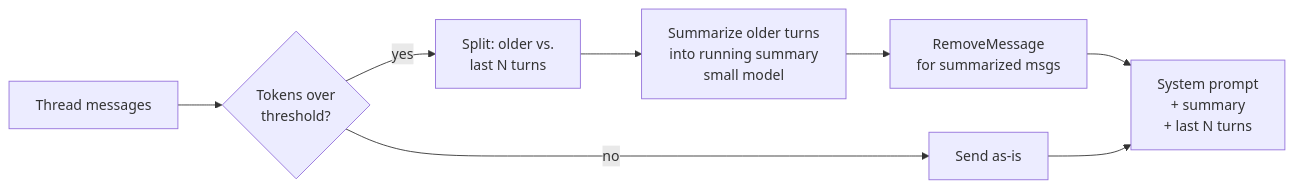
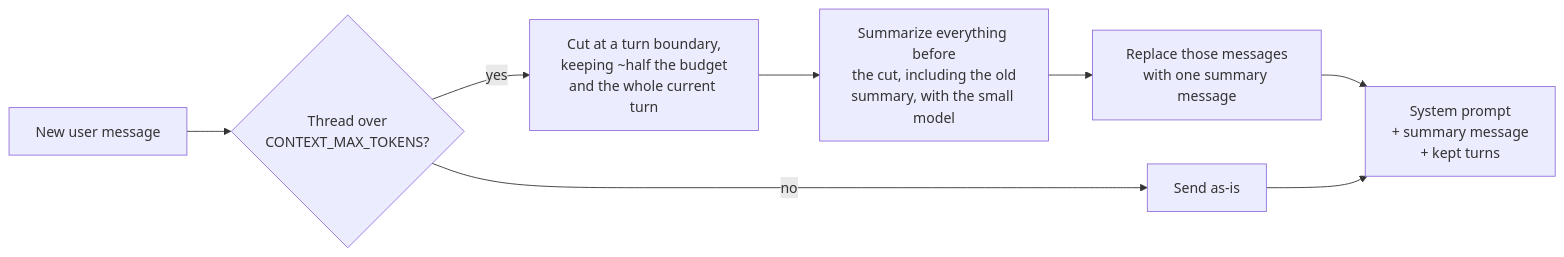
One commit to Anirudh1905/agentic-ai-chatbot changed the third of 3 diagrams in docs/phase-3-short-term-memory-checkpointing.md. Above: the diagram before and after it, drawn with Mermaid. The commit also changed other lines of this file and 37 other files, not shown here.

````diff
--- a/docs/phase-3-short-term-memory-checkpointing.md
+++ b/docs/phase-3-short-term-memory-checkpointing.md
@@ -78,10 +80,10 @@
 ```mermaid
 flowchart LR
-    In[Thread messages] --> Count{Tokens over<br/>threshold?}
+    In[New user message] --> Count{Thread over<br/>CONTEXT_MAX_TOKENS?}
     Count -->|no| Pass[Send as-is]
-    Count -->|yes| Split[Split: older vs.<br/>last N turns]
-    Split --> Sum[Summarize older turns<br/>into running summary<br/>small model]
-    Sum --> Del[RemoveMessage<br/>for summarized msgs]
-    Del --> Out[System prompt<br/>+ summary<br/>+ last N turns]
+    Count -->|yes| Split["Cut at a turn boundary,<br/>keeping ~half the budget<br/>and the whole current turn"]
+    Split --> Sum[Summarize everything before<br/>the cut, including the old<br/>summary, with the small model]
+    Sum --> Swap[Replace those messages<br/>with one summary message]
+    Swap --> Out[System prompt<br/>+ summary message<br/>+ kept turns]
     Pass --> Out
 ```
````
